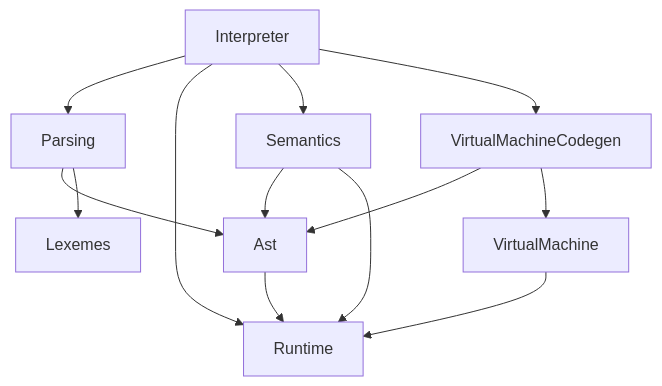
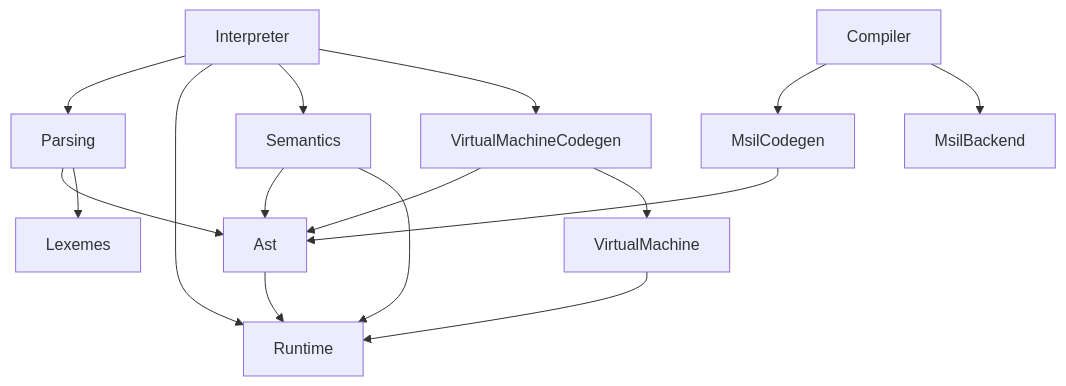
Before and after one commit to MrSuIR/pstiger: the diagram in README.md, drawn with Mermaid. The commit also changed other lines of this file and 17 other files, not shown here.

````diff
--- a/README.md
+++ b/README.md
@@ -138,23 +147,29 @@
 ```mermaid
 graph TD
     Ast["Ast"]
     Interpreter["Interpreter"]
     Lexemes["Lexemes"]
     Parsing["Parsing"]
     Runtime["Runtime"]
     Semantics["Semantics"]
     VirtualMachine["VirtualMachine"]
     VirtualMachineCodegen["VirtualMachineCodegen"]
+    MsilCodegen["MsilCodegen"]
+    MsilBackend["MsilBackend"]
+    Compiler["Compiler"]
     Ast --> Runtime
     Interpreter --> Parsing
     Interpreter --> Runtime
     Interpreter --> Semantics
     Interpreter --> VirtualMachineCodegen
     Parsing --> Ast
     Parsing --> Lexemes
     Semantics --> Ast
     Semantics --> Runtime
     VirtualMachine --> Runtime
     VirtualMachineCodegen --> Ast
     VirtualMachineCodegen --> VirtualMachine
+    MsilCodegen --> Ast
+    Compiler --> MsilCodegen
+    Compiler --> MsilBackend
 ```
````
